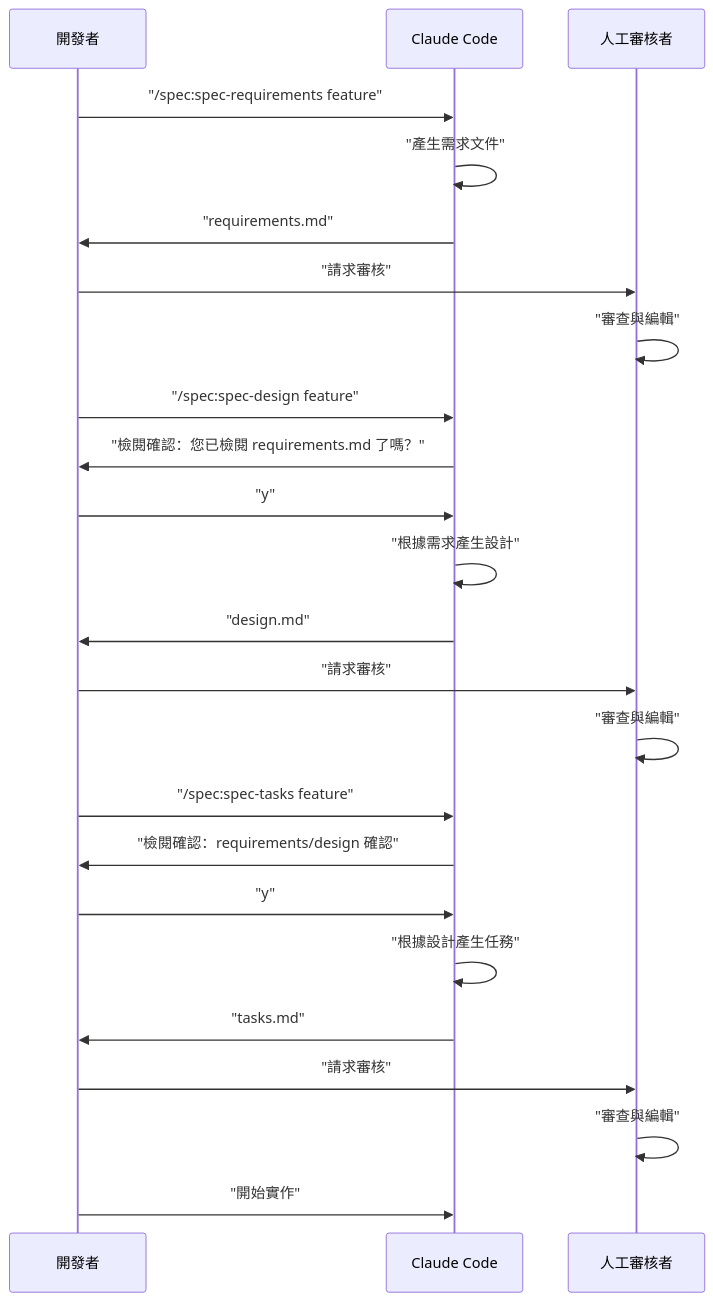
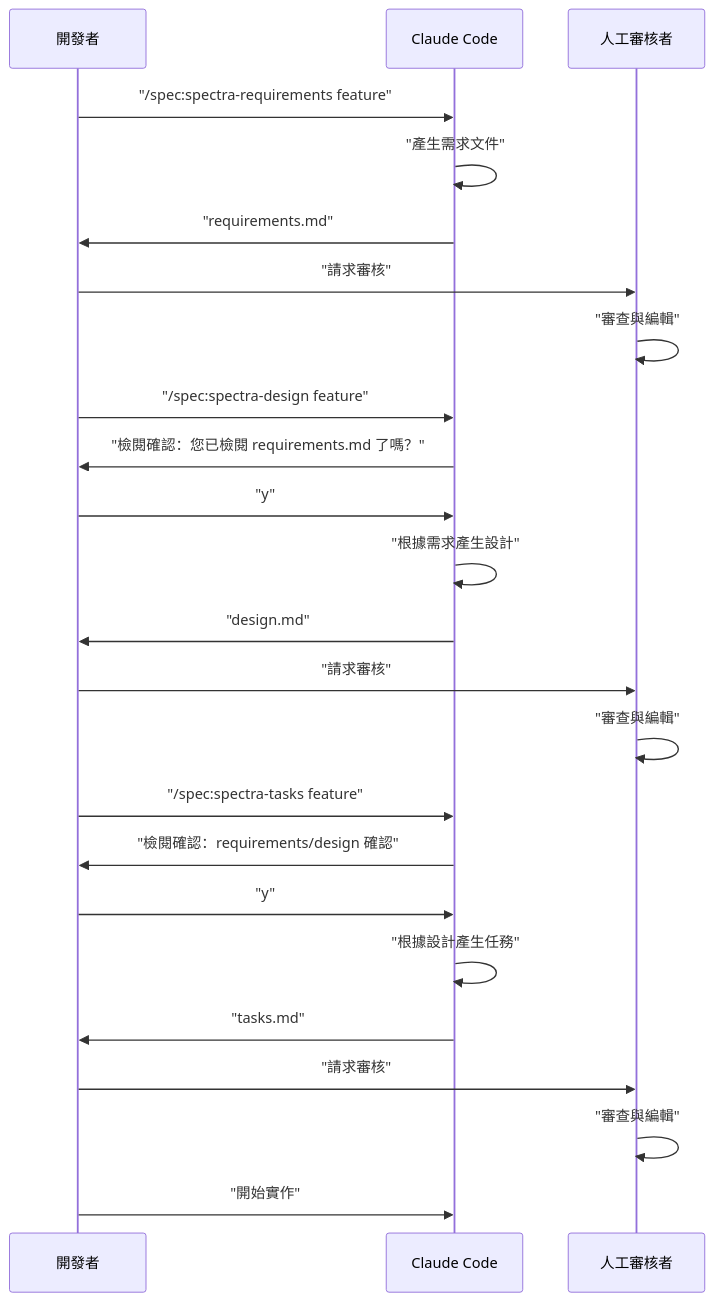
The second of 2 diagrams in docs/README/README_zh-TW.md (nekolife1984/spectra), drawn with Mermaid before and after one commit. The commit also changed other lines of this file and 658 other files, not shown here.

First line of the commit message:
Rename spec prefix → spectra

````diff
--- a/docs/README/README_zh-TW.md
+++ b/docs/README/README_zh-TW.md
@@ -225,30 +225,30 @@
 ```mermaid
 sequenceDiagram
     participant D as 開發者
     participant C as Claude Code
     participant H as 人工審核者
     
-    D->>C: "/spec:spec-requirements feature"
+    D->>C: "/spec:spectra-requirements feature"
     C->>C: "產生需求文件"
     C->>D: "requirements.md"
     D->>H: "請求審核"
     H->>H: "審查與編輯"
     
-    D->>C: "/spec:spec-design feature"
+    D->>C: "/spec:spectra-design feature"
     C->>D: "檢閱確認：您已檢閱 requirements.md 了嗎？"
     D->>C: "y"
     C->>C: "根據需求產生設計"
     C->>D: "design.md"
     D->>H: "請求審核"
     H->>H: "審查與編輯"
     
-    D->>C: "/spec:spec-tasks feature"
+    D->>C: "/spec:spectra-tasks feature"
     C->>D: "檢閱確認：requirements/design 確認"
     D->>C: "y"
     C->>C: "根據設計產生任務"
     C->>D: "tasks.md"
     D->>H: "請求審核"
     H->>H: "審查與編輯"
     
     D->>C: "開始實作"
 ```
````
